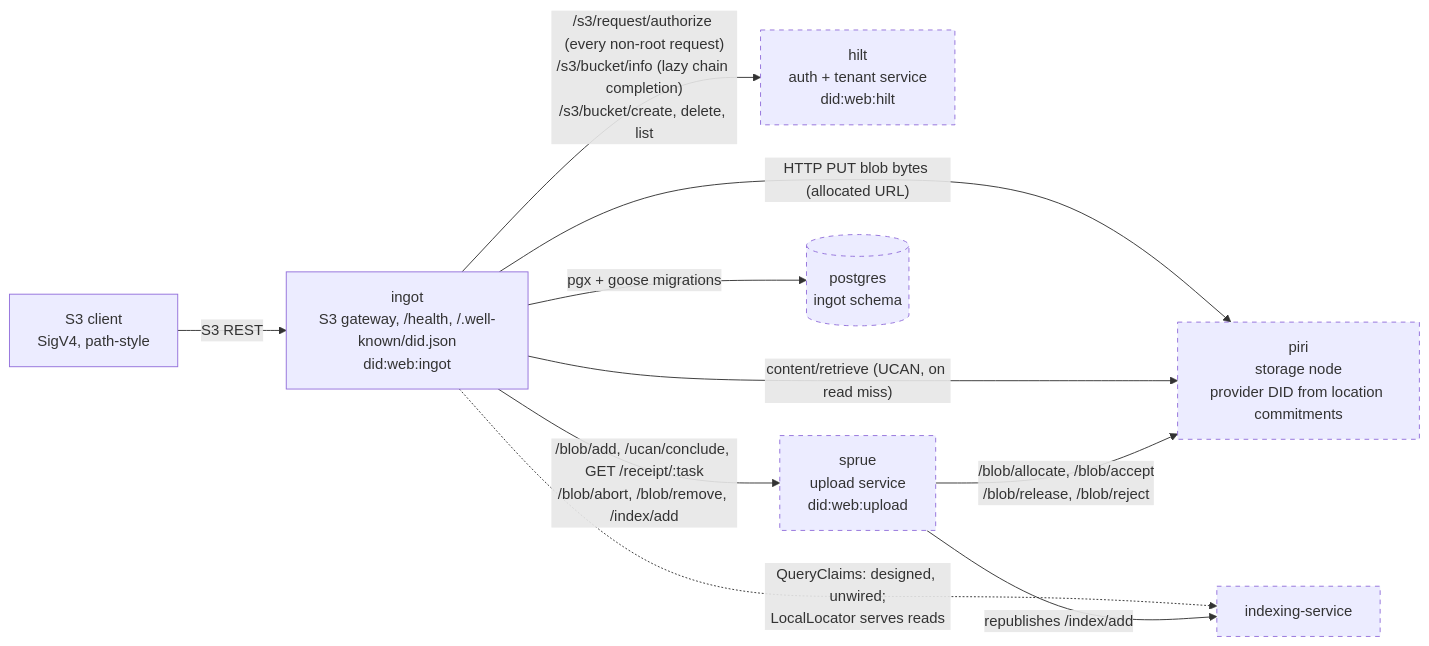
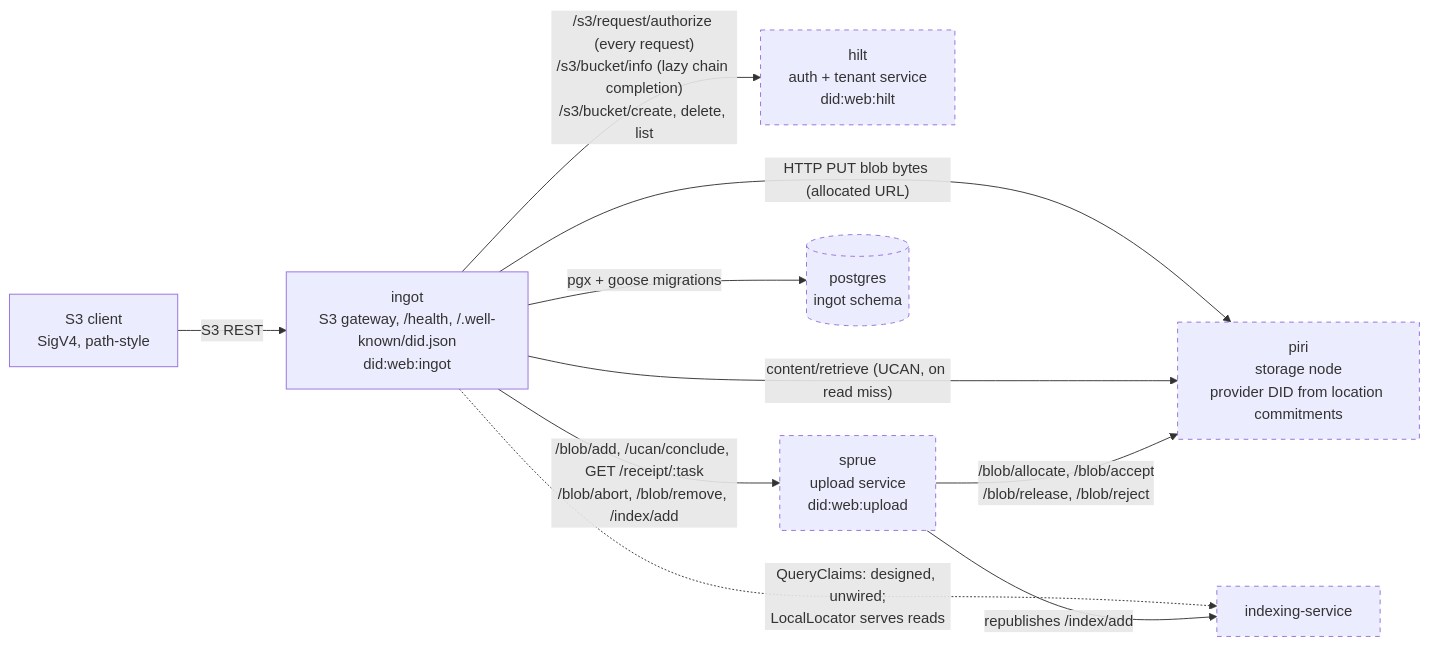
One commit to fil-forge/ingot changed the first of 14 diagrams in docs/diagrams.md. Above: the diagram before and after it, drawn with Mermaid. The commit also changed other lines of this file and 16 other files, not shown here.

````diff
--- a/docs/diagrams.md
+++ b/docs/diagrams.md
@@ -45,23 +45,23 @@
 ```mermaid
 flowchart LR
     client["S3 client<br/>SigV4, path-style"]
     ingot["ingot<br/>S3 gateway, /health, /.well-known/did.json<br/>did:web:ingot"]
     hilt["hilt<br/>auth + tenant service<br/>did:web:hilt"]
     sprue["sprue<br/>upload service<br/>did:web:upload"]
     piri["piri<br/>storage node<br/>provider DID from location commitments"]
     pg[("postgres<br/>ingot schema")]
     idx["indexing-service"]
 
     client -->|"S3 REST"| ingot
-    ingot -->|"/s3/request/authorize (every non-root request)<br/>/s3/bucket/info (lazy chain completion)<br/>/s3/bucket/create, delete, list"| hilt
+    ingot -->|"/s3/request/authorize (every request)<br/>/s3/bucket/info (lazy chain completion)<br/>/s3/bucket/create, delete, list"| hilt
     ingot -->|"/blob/add, /ucan/conclude, GET /receipt/:task<br/>/blob/abort, /blob/remove, /index/add"| sprue
     ingot -->|"HTTP PUT blob bytes (allocated URL)"| piri
     ingot -->|"content/retrieve (UCAN, on read miss)"| piri
     ingot -->|"pgx + goose migrations"| pg
     ingot -.->|"QueryClaims: designed, unwired;<br/>LocalLocator serves reads"| idx
     sprue -->|"/blob/allocate, /blob/accept<br/>/blob/release, /blob/reject"| piri
     sprue -->|"republishes /index/add"| idx
 
     classDef external stroke-dasharray: 5 5
     class hilt,sprue,piri,pg,idx external
 ```
````
